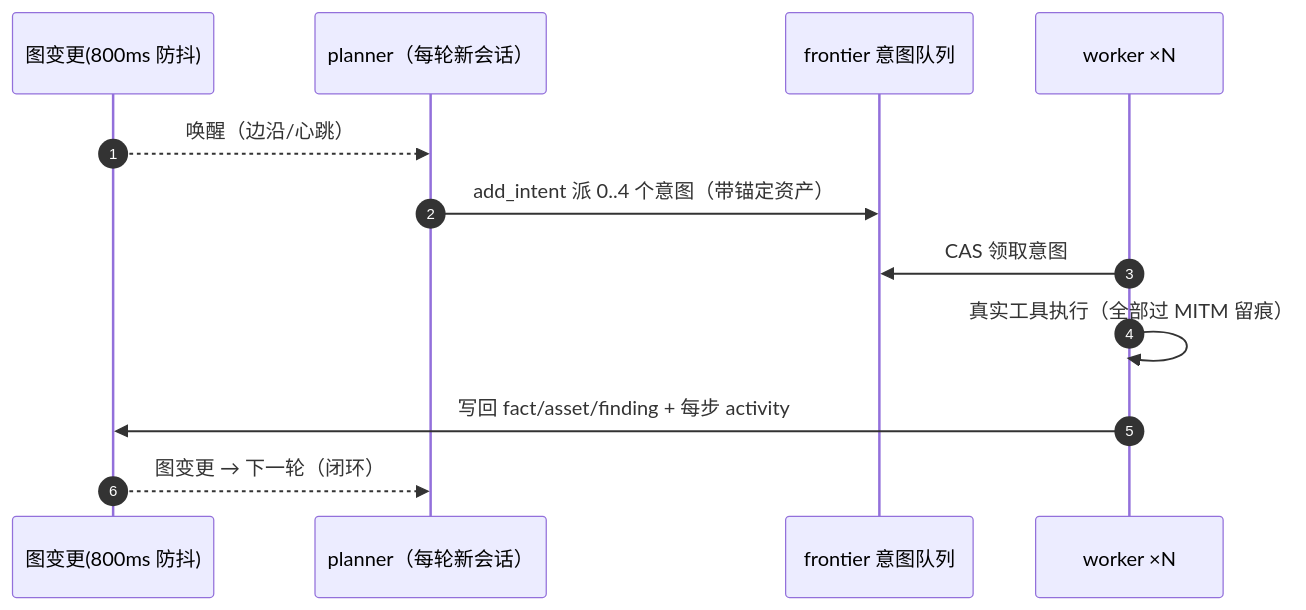
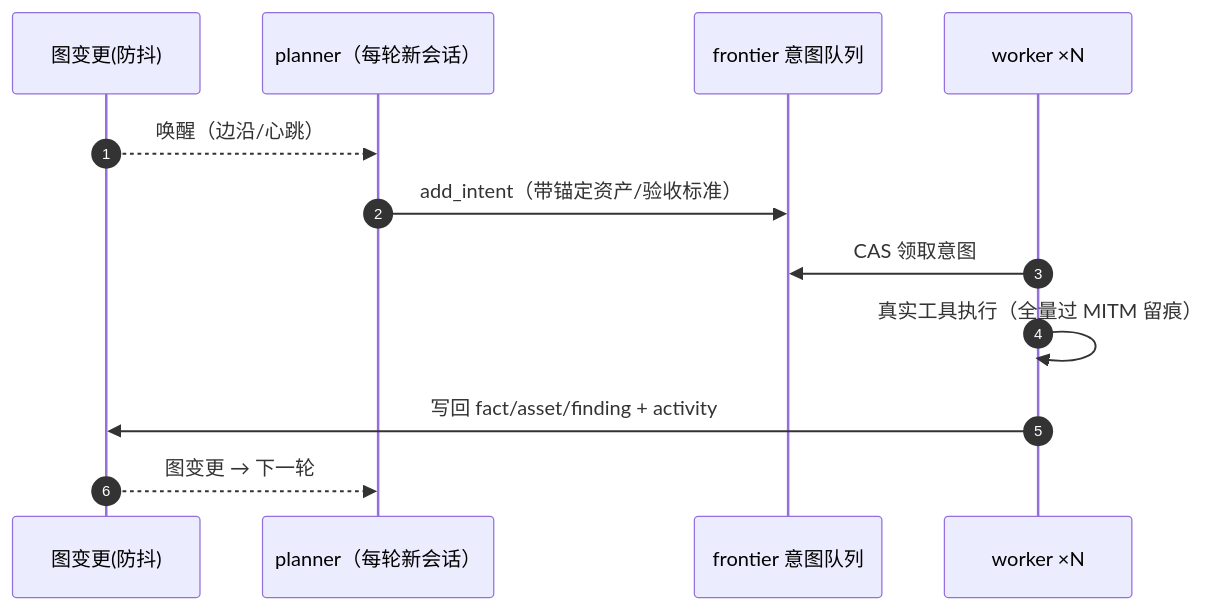
Before and after one commit to just805/Pangu: the diagram in README.md, drawn with Mermaid. The commit also changed other lines of this file and 97 other files, not shown here.

````diff
--- a/README.md
+++ b/README.md
@@ -174,14 +176,14 @@
 ```mermaid
 sequenceDiagram
   autonumber
-  participant EV as 图变更(800ms 防抖)
+  participant EV as 图变更(防抖)
   participant P as planner（每轮新会话）
   participant FR as frontier 意图队列
   participant W as worker ×N
   EV-->>P: 唤醒（边沿/心跳）
-  P->>FR: add_intent 派 0..4 个意图（带锚定资产）
+  P->>FR: add_intent（带锚定资产/验收标准）
   W->>FR: CAS 领取意图
-  W->>W: 真实工具执行（全部过 MITM 留痕）
-  W->>EV: 写回 fact/asset/finding + 每步 activity
-  EV-->>P: 图变更 → 下一轮（闭环）
+  W->>W: 真实工具执行（全量过 MITM 留痕）
+  W->>EV: 写回 fact/asset/finding + activity
+  EV-->>P: 图变更 → 下一轮
 ```
````
